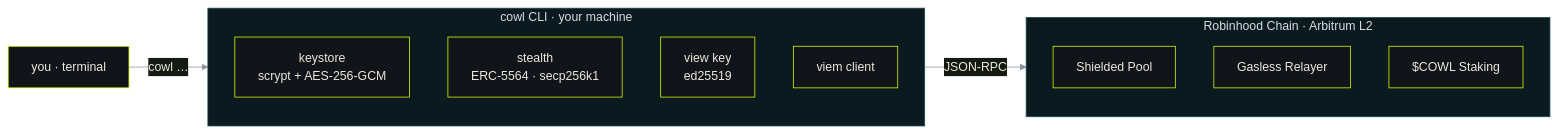
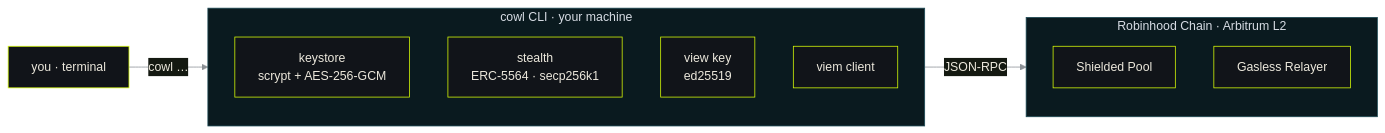
One commit to Cowl-Protocol/cli changed the first of 2 diagrams in README.md. Above: the diagram before and after it, drawn with Mermaid. The commit also changed other lines of this file and 4 other files, not shown here.

````diff
--- a/README.md
+++ b/README.md
@@ -477,22 +472,21 @@
 ```mermaid
 %%{init: {'theme':'base','themeVariables':{'primaryColor':'#111419','primaryTextColor':'#ece8dc','primaryBorderColor':'#d7fb08','lineColor':'#8c9196','clusterBkg':'#0a1a1f','clusterBorder':'#1c4a55','fontFamily':'monospace'}}}%%
 flowchart LR
   U["you · terminal"] -->|cowl …| CLI
 
   subgraph CLI["cowl CLI · your machine"]
     direction TB
     K["keystore<br/>scrypt + AES-256-GCM"]
     S["stealth<br/>ERC-5564 · secp256k1"]
     V["view key<br/>ed25519"]
     R["viem client"]
   end
 
   CLI -->|JSON-RPC| CHAIN
 
   subgraph CHAIN["Robinhood Chain · Arbitrum L2"]
     direction TB
     P["Shielded Pool"]
     RL["Gasless Relayer"]
-    ST["$COWL Staking"]
   end
 ```
````
